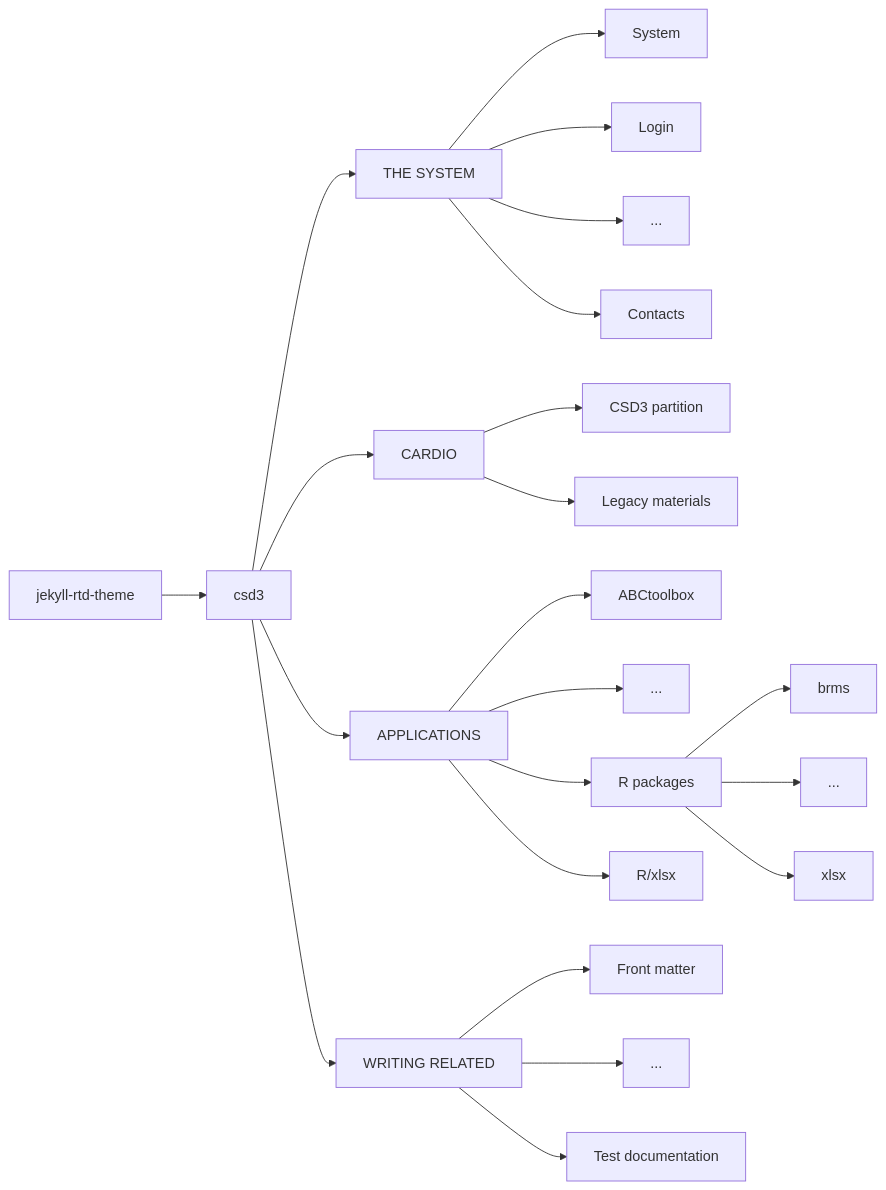
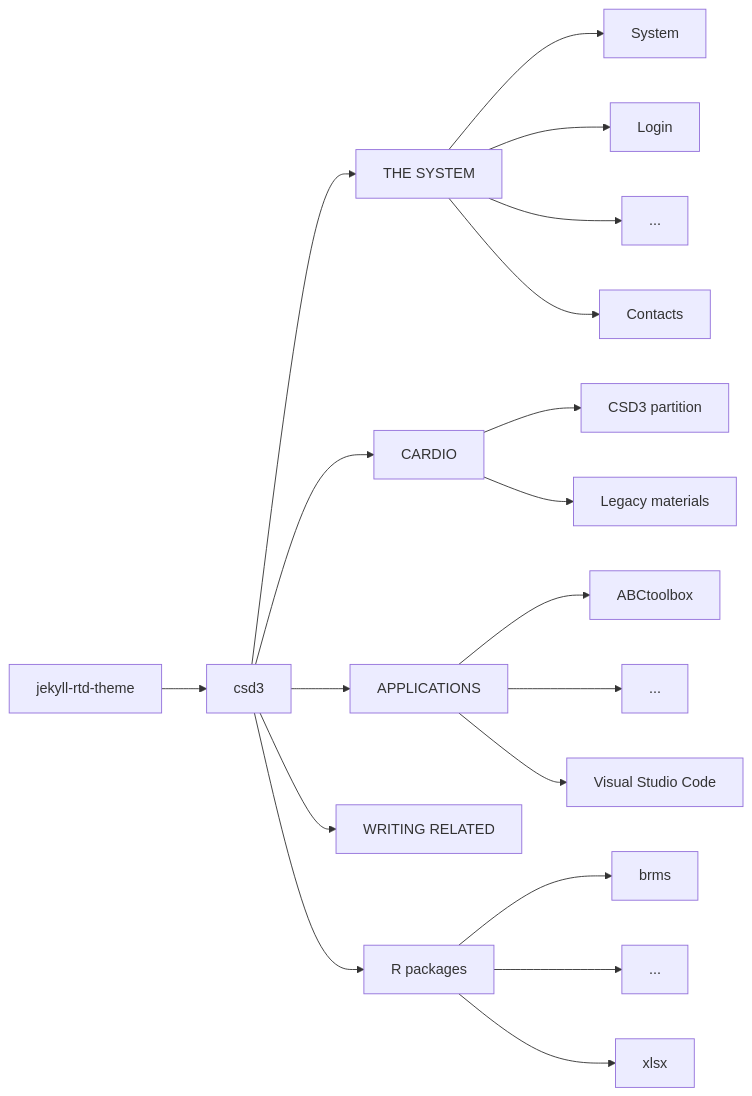
The diagram in README.md (cambridge-ceu/csd3), drawn with Mermaid before and after one commit.

Commit message:
README.md

````diff
--- a/README.md
+++ b/README.md
@@ -10,24 +10,21 @@
 ```mermaid
 graph LR;
 jekyll-rtd-theme --> csd3
 csd3 --> system["THE SYSTEM"]
 csd3 --> cardio["CARDIO"]
 csd3 --> applications["APPLICATIONS"]
 csd3 --> wr["WRITING RELATED"]
 system --> System
 system --> Login
 system --> sysdot["..."]
 system --> Contacts
 cardio --> cp["CSD3 partition"]
 cardio --> lm["Legacy materials"]
 applications --> ABCtoolbox
 applications --> appdot["..."]
-applications --> R["R packages"]
+applications --> vsc["Visual Studio Code"]
+csd3 --> R["R packages"]
 R --> brms
 R --> Rdot["..."]
 R --> xlsx
-applications --> R/xlsx
-wr --> fr["Front matter"]
-wr --> wrdot["..."]
-wr --> td["Test documentation"]
 ```
````
